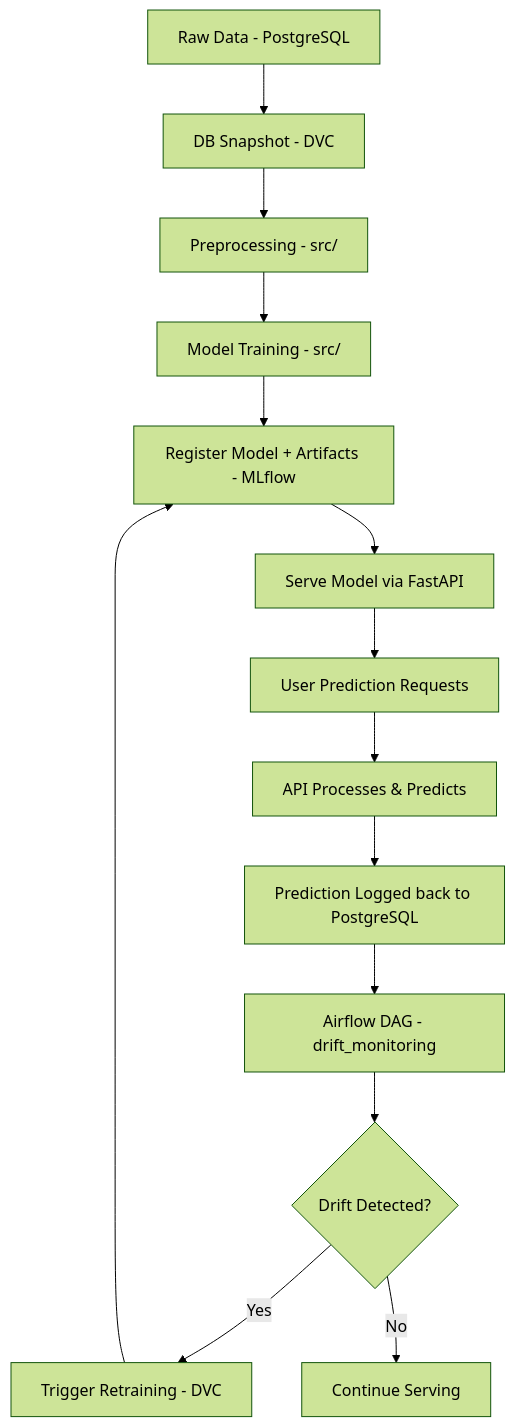
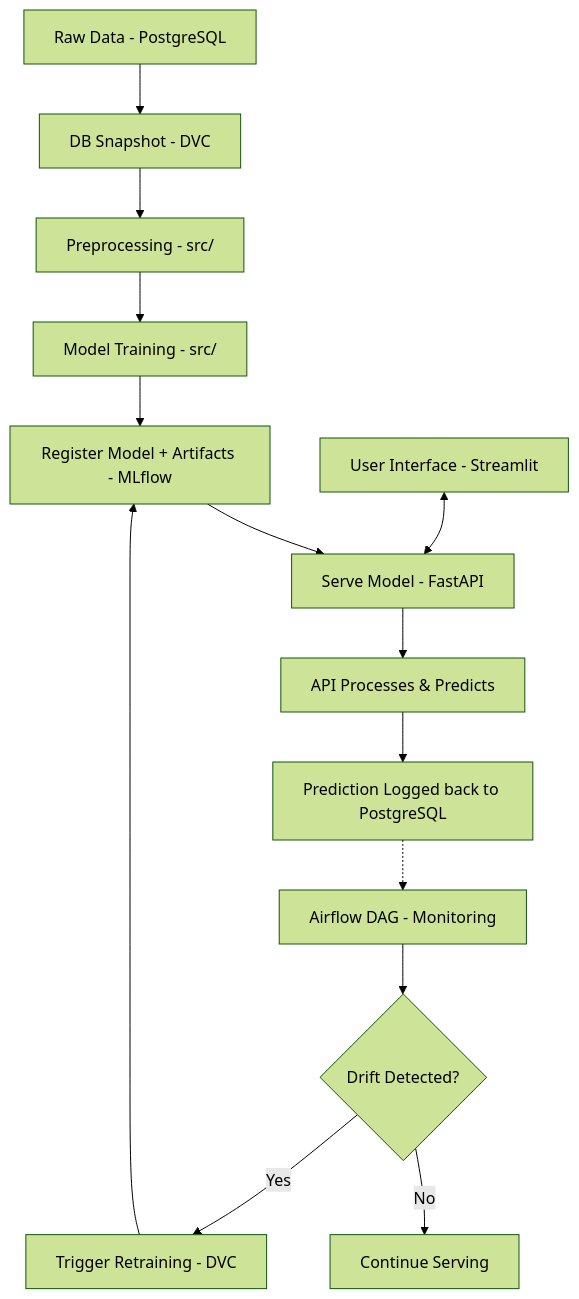
One commit to abhi24112/Customer-Churn-Prediction-MLOps changed the diagram in README.md. Above: the diagram before and after it, drawn with Mermaid (forest theme). The commit also changed other lines of this file and 7 other files, not shown here.

````diff
--- a/README.md
+++ b/README.md
@@ -72,21 +73,23 @@
 ```mermaid
 graph TD
 
 A1[Raw Data - PostgreSQL] --> A2[DB Snapshot - DVC]
 A2 --> A3[Preprocessing - src/]
 A3 --> A4[Model Training - src/]
 A4 --> A5[Register Model + Artifacts - MLflow]
 
-%% FastAPI Serving
-A5 --> B1[Serve Model via FastAPI]
-B1 --> B2[User Prediction Requests]
-B2 --> B3[API Processes & Predicts]
-B3 --> B4[Prediction Logged back to PostgreSQL]
+%% Serving Layer (UI + API)
+C1[User Interface - Streamlit] <--> B1[Serve Model - FastAPI]
+B1 --> B2[API Processes & Predicts]
+B2 --> B3[Prediction Logged back to PostgreSQL]
 
-%% Airflow Monitoring & Retrain
-B4 --> E1[Airflow DAG - drift_monitoring]
+%% Connection from Training to Serving
+A5 --> B1
+
+%% Monitoring & Retraining (The Feedback Loop)
+B3 -.-> E1[Airflow DAG - Monitoring]
 E1 --> E2{Drift Detected?}
 E2 -->|Yes| D1[Trigger Retraining - DVC]
 E2 -->|No| F1[Continue Serving]
 D1 --> A5
 ```
````
